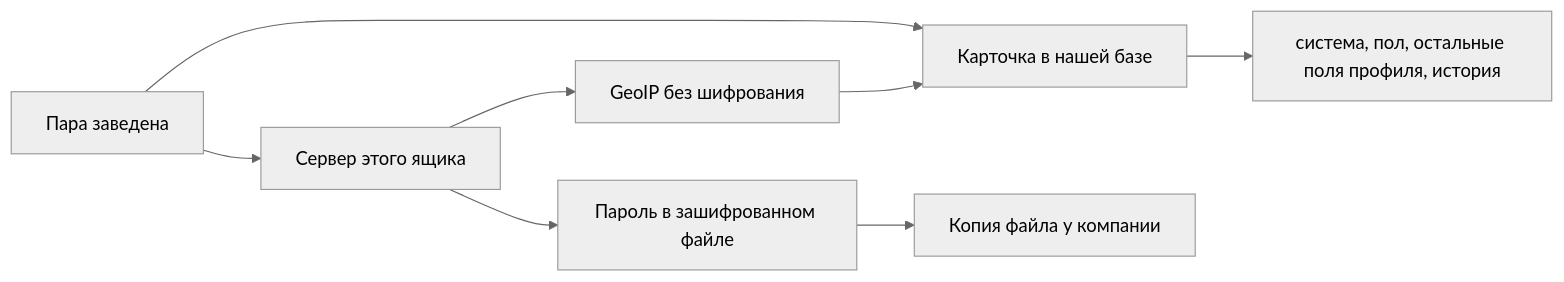
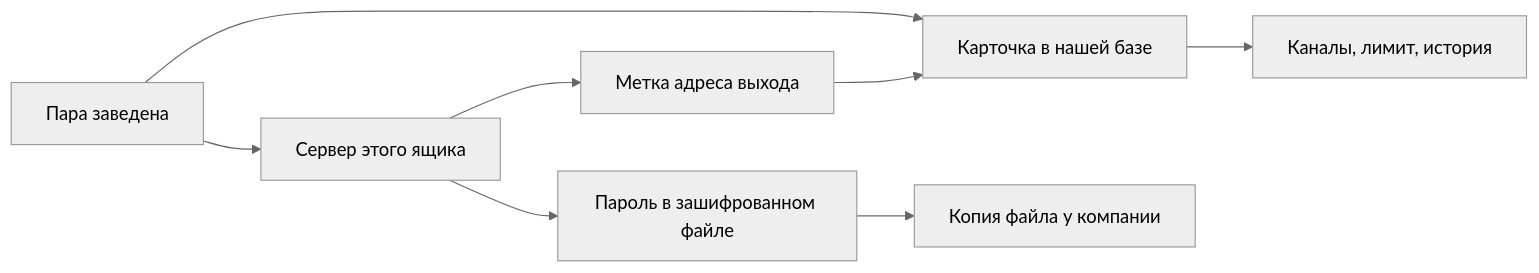
The diagram in docs/VISION.md (dnsbutylin/virtual-managers), drawn with Mermaid (neutral theme) before and after one commit. The commit also changed other lines of this file and 14 other files, not shown here.

Commit message:
Свести проект к одной рабочей схеме и убрать то, что в неё не входит.

````diff
--- a/docs/VISION.md
+++ b/docs/VISION.md
@@ -109,10 +119,10 @@
 ```mermaid
 flowchart LR
   created[Пара заведена] --> card[Карточка в нашей базе]
   created --> cell[Сервер этого ящика]
-  card --> profile["система, пол, остальные поля профиля, история"]
+  card --> history[Каналы, лимит, история]
   cell --> secret[Пароль в зашифрованном файле]
-  cell --> geo[GeoIP без шифрования]
+  cell --> geo[Метка адреса выхода]
   geo --> card
   secret --> copy[Копия файла у компании]
 ```
````
